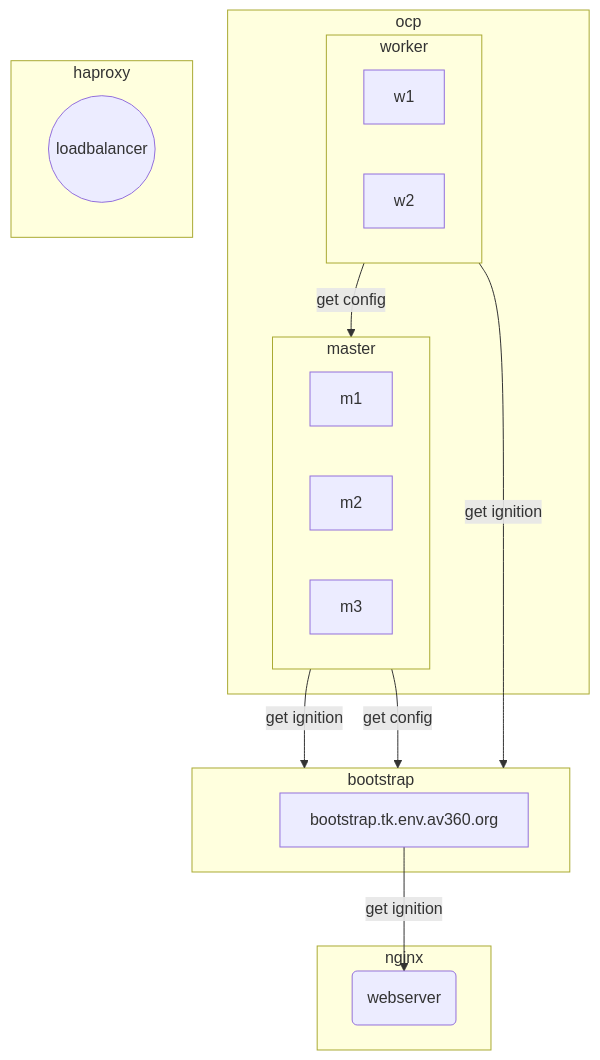
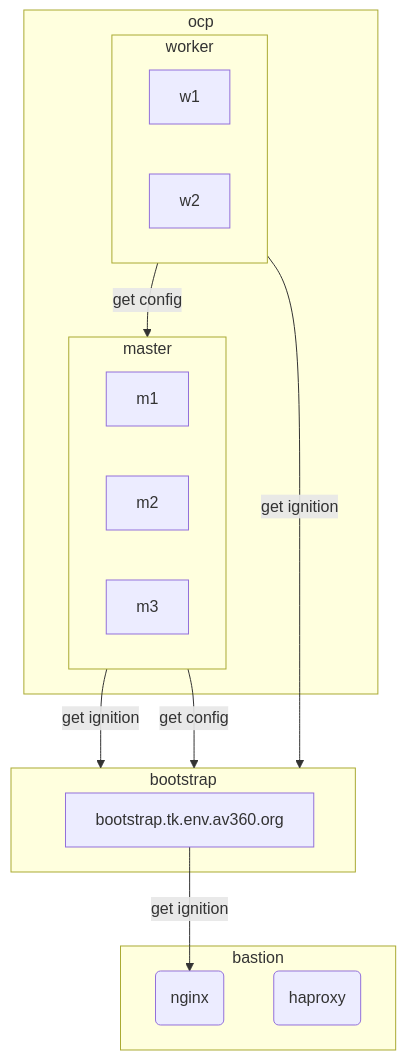
Before and after one commit to tkops/ocp4: the diagram in README.md, drawn with Mermaid.

````diff
--- a/README.md
+++ b/README.md
@@ -3,27 +3,25 @@
 ```mermaid
 flowchart TD
     subgraph ocp
        subgraph master
            m1;m2;m3
         end
         subgraph worker
           w1;w2
         end
     end
     subgraph bootstrap
       b1[bootstrap.tk.env.av360.org]
     end
-    subgraph haproxy
-      h1((loadbalancer))
-    end
-    subgraph nginx
-      n1(webserver)
+    subgraph bastion
+      n1(nginx)
+      n2(haproxy)
     end
     b1 --get ignition--> n1
     master --get ignition--> bootstrap
     master --get config--> bootstrap
     worker --get ignition--> bootstrap
     worker --get config--> master
 
     
 ```
````
